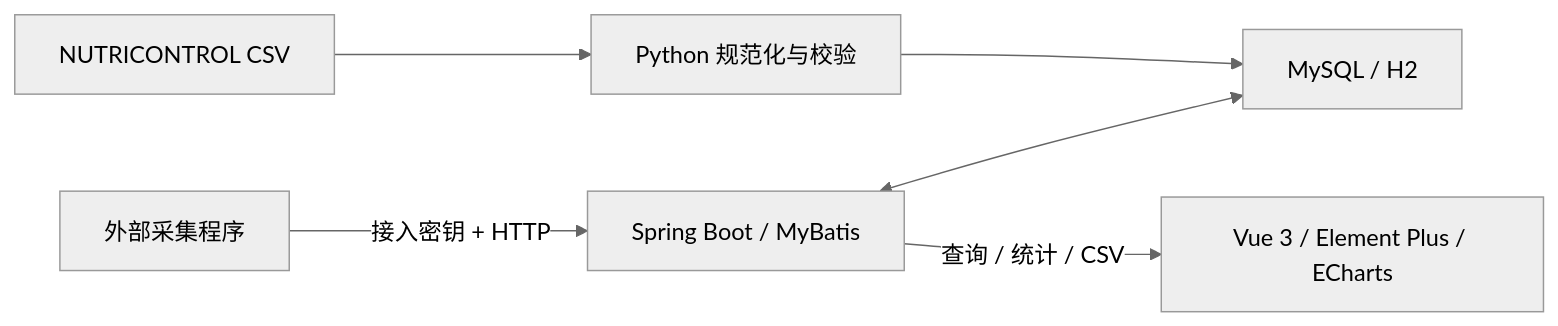
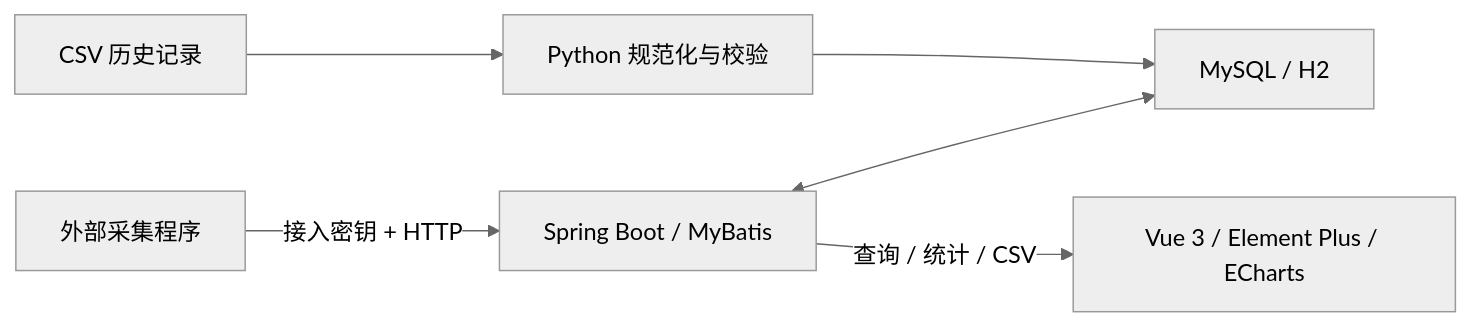
Before and after one commit to zhanglonglong01/weather-station-dashboard: the diagram in README.md, drawn with Mermaid (neutral theme). The commit also changed other lines of this file, not shown here.

````diff
--- a/README.md
+++ b/README.md
@@ -70,8 +64,8 @@
 ```mermaid
 flowchart LR
-  A[NUTRICONTROL CSV] --> B[Python 规范化与校验]
+  A[CSV 历史记录] --> B[Python 规范化与校验]
   B --> C[MySQL / H2]
   D[外部采集程序] -->|接入密钥 + HTTP| E[Spring Boot / MyBatis]
   E <--> C
   E -->|查询 / 统计 / CSV| F[Vue 3 / Element Plus / ECharts]
 ```
````
